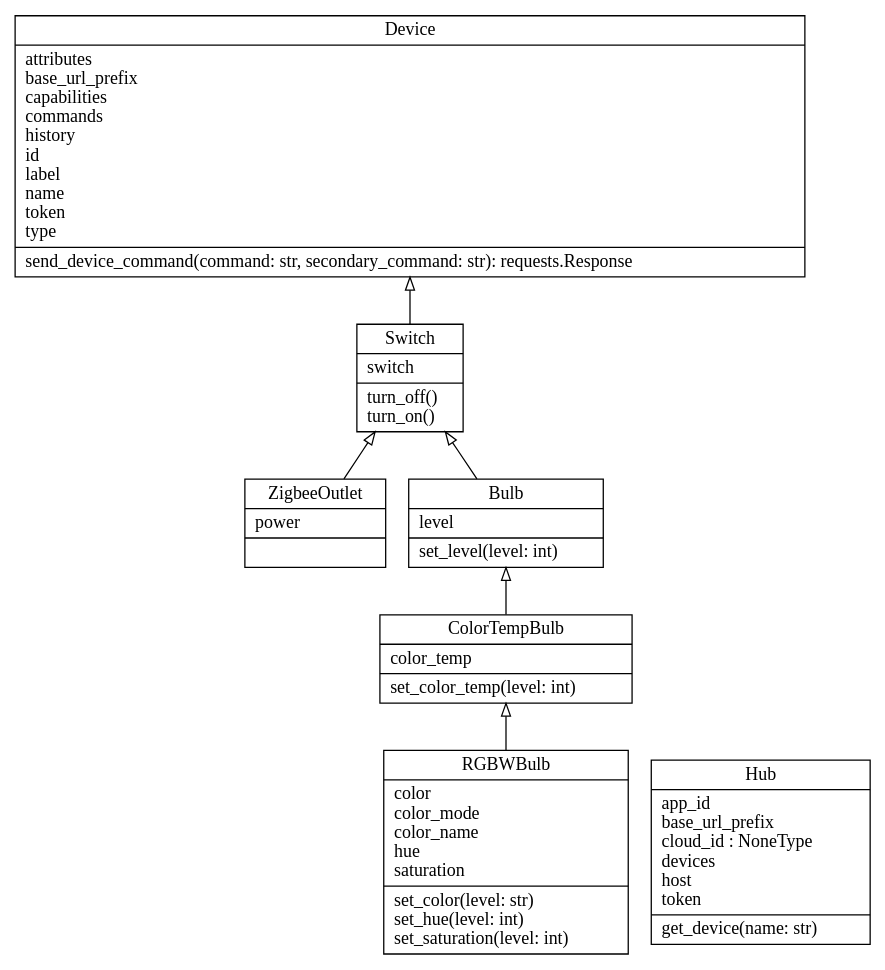
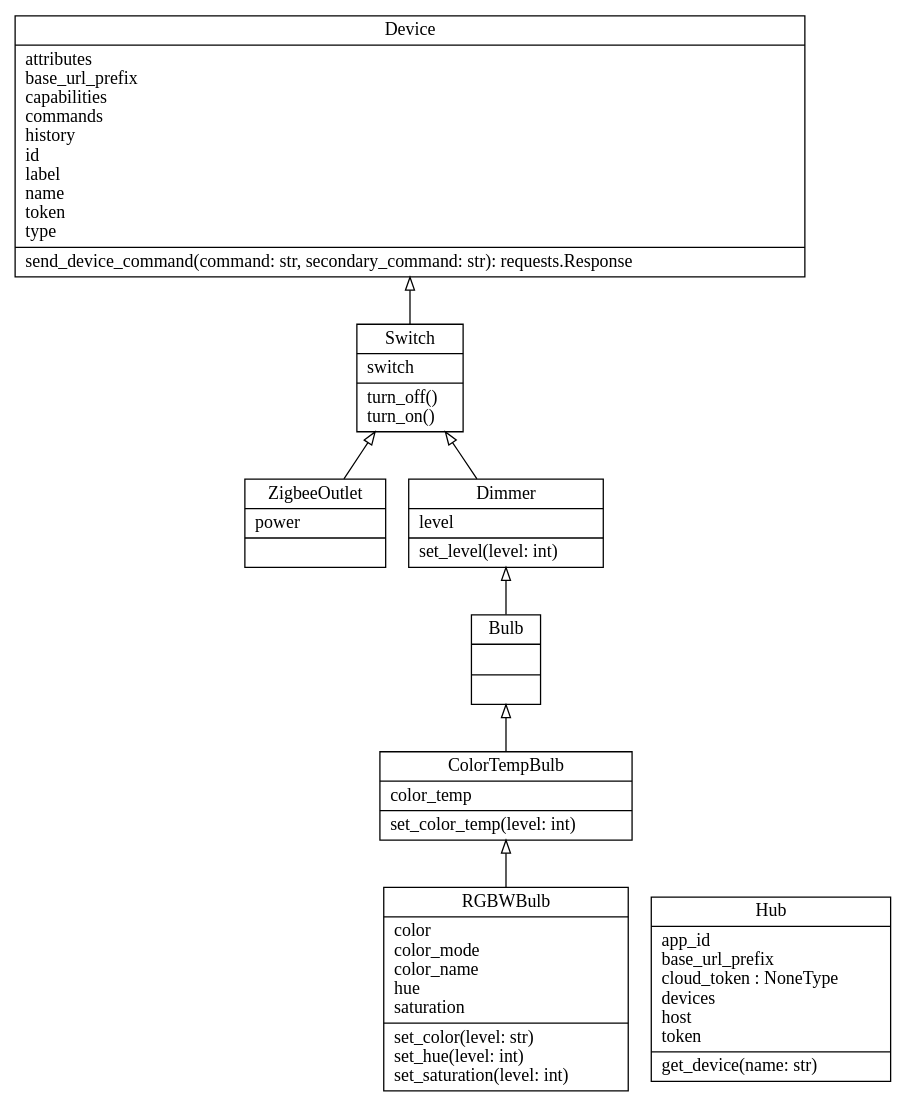
Before and after one commit to Jelloeater/hubitatcontrol: the diagram in docs/classes.dot, drawn with Graphviz. The commit also changed 5 other files, not shown here.

```diff
--- a/docs/classes.dot
+++ b/docs/classes.dot
@@ -1,16 +1,18 @@
 digraph "classes" {
 rankdir=BT
 charset="utf-8"
-"hubitatcontrol.lights.Bulb" [color="black", fontcolor="black", label="{Bulb|level\l|set_level(level: int)\l}", shape="record", style="solid"];
+"hubitatcontrol.lights.Bulb" [color="black", fontcolor="black", label="{Bulb|\l|}", shape="record", style="solid"];
 "hubitatcontrol.lights.ColorTempBulb" [color="black", fontcolor="black", label="{ColorTempBulb|color_temp\l|set_color_temp(level: int)\l}", shape="record", style="solid"];
 "hubitatcontrol.hub.Device" [color="black", fontcolor="black", label="{Device|attributes\lbase_url_prefix\lcapabilities\lcommands\lhistory\lid\llabel\lname\ltoken\ltype\l|send_device_command(command: str, secondary_command: str): requests.Response\l}", shape="record", style="solid"];
-"hubitatcontrol.hub.Hub" [color="black", fontcolor="black", label="{Hub|app_id\lbase_url_prefix\lcloud_id : NoneType\ldevices\lhost\ltoken\l|get_device(name: str)\l}", shape="record", style="solid"];
+"hubitatcontrol.lights.Dimmer" [color="black", fontcolor="black", label="{Dimmer|level\l|set_level(level: int)\l}", shape="record", style="solid"];
+"hubitatcontrol.hub.Hub" [color="black", fontcolor="black", label="{Hub|app_id\lbase_url_prefix\lcloud_token : NoneType\ldevices\lhost\ltoken\l|get_device(name: str)\l}", shape="record", style="solid"];
 "hubitatcontrol.lights.RGBWBulb" [color="black", fontcolor="black", label="{RGBWBulb|color\lcolor_mode\lcolor_name\lhue\lsaturation\l|set_color(level: str)\lset_hue(level: int)\lset_saturation(level: int)\l}", shape="record", style="solid"];
 "hubitatcontrol.generic.Switch" [color="black", fontcolor="black", label="{Switch|switch\l|turn_off()\lturn_on()\l}", shape="record", style="solid"];
 "hubitatcontrol.generic.ZigbeeOutlet" [color="black", fontcolor="black", label="{ZigbeeOutlet|power\l|}", shape="record", style="solid"];
 "hubitatcontrol.generic.Switch" -> "hubitatcontrol.hub.Device" [arrowhead="empty", arrowtail="none"];
 "hubitatcontrol.generic.ZigbeeOutlet" -> "hubitatcontrol.generic.Switch" [arrowhead="empty", arrowtail="none"];
-"hubitatcontrol.lights.Bulb" -> "hubitatcontrol.generic.Switch" [arrowhead="empty", arrowtail="none"];
+"hubitatcontrol.lights.Bulb" -> "hubitatcontrol.lights.Dimmer" [arrowhead="empty", arrowtail="none"];
 "hubitatcontrol.lights.ColorTempBulb" -> "hubitatcontrol.lights.Bulb" [arrowhead="empty", arrowtail="none"];
+"hubitatcontrol.lights.Dimmer" -> "hubitatcontrol.generic.Switch" [arrowhead="empty", arrowtail="none"];
 "hubitatcontrol.lights.RGBWBulb" -> "hubitatcontrol.lights.ColorTempBulb" [arrowhead="empty", arrowtail="none"];
 }
```
